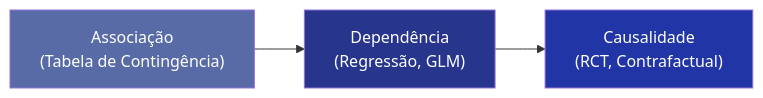
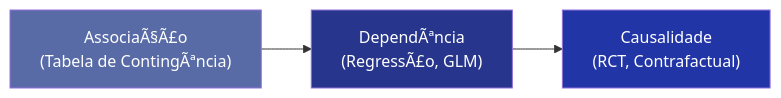
The first of 3 diagrams in aulas/analise_dados_ambientais/aulas/16_associacao_dependencia/associacao_dependencia.qmd (ldvsantos/cv), drawn with Mermaid before and after one commit. The commit also changed other lines of this file and 245 other files, not shown here.

````diff
--- a/aulas/analise_dados_ambientais/aulas/16_associacao_dependencia/associacao_dependencia.qmd
+++ b/aulas/analise_dados_ambientais/aulas/16_associacao_dependencia/associacao_dependencia.qmd
@@ -60,9 +60,9 @@
 ```{mermaid}
 %%| fig-width: 10
 flowchart LR
-  A["Associação<br>(Tabela de Contingência)"] --> B["Dependência<br>(Regressão, GLM)"]
+  A["AssociaÃ§Ã£o<br>(Tabela de ContingÃªncia)"] --> B["DependÃªncia<br>(RegressÃ£o, GLM)"]
   B --> C["Causalidade<br>(RCT, Contrafactual)"]
   style A fill:#586BA6,color:#fff
   style B fill:#27368C,color:#fff
   style C fill:#2135A6,color:#fff
 ```
````
